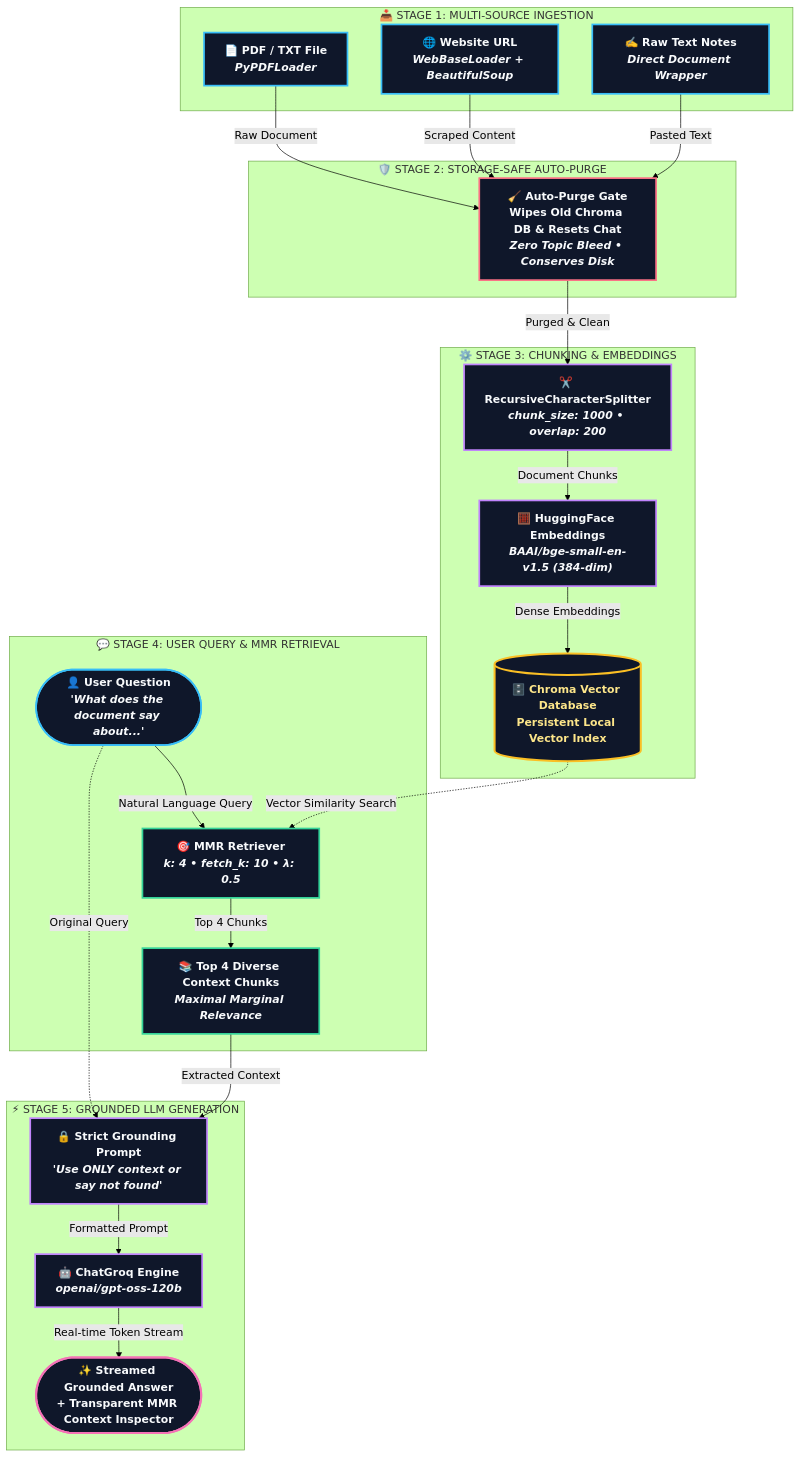
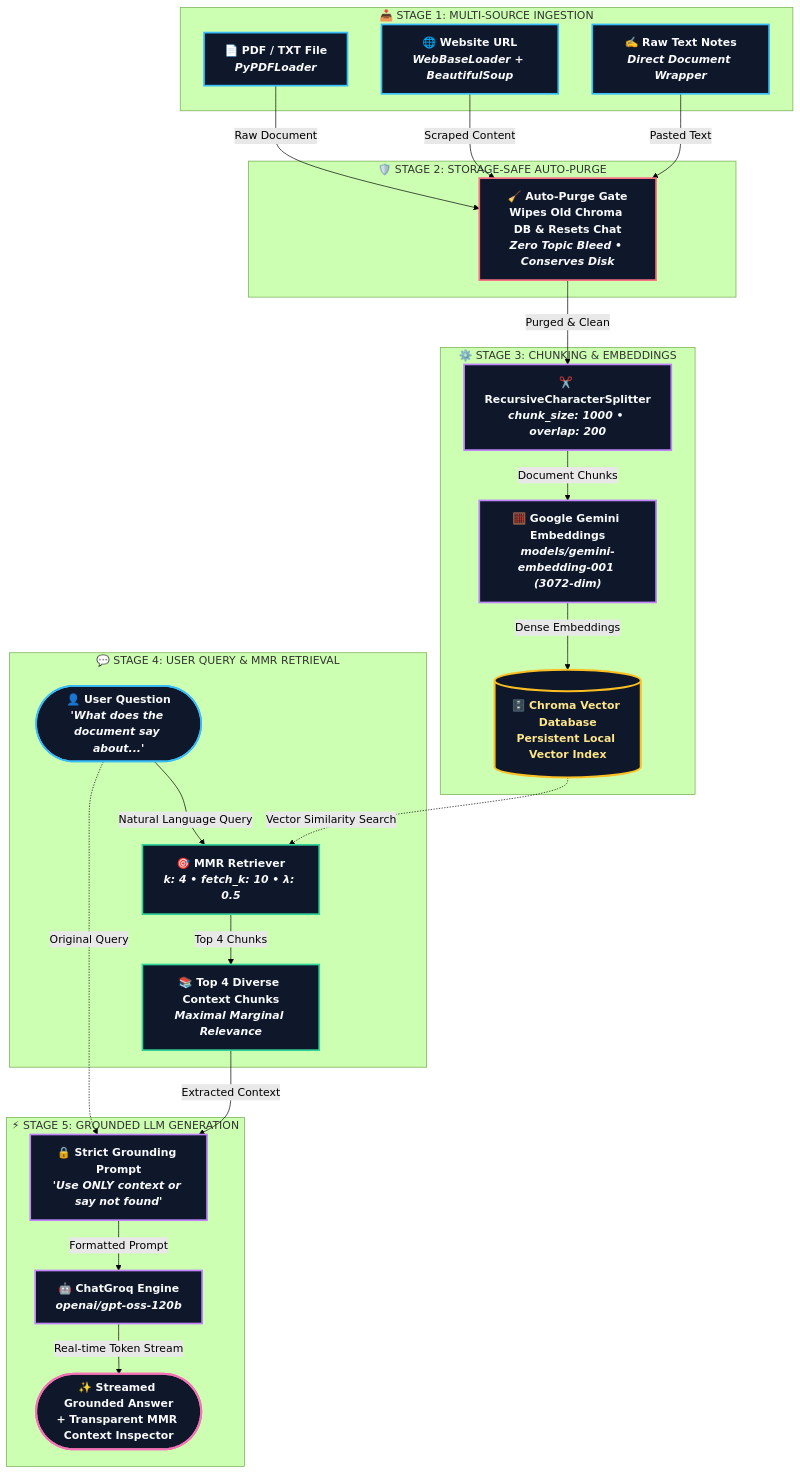
One commit to mohanrao06/SmartMate changed the diagram in README.md. Above: the diagram before and after it, drawn with Mermaid (forest theme). The commit also changed other lines of this file and 3 other files, not shown here.

Commit message:
feat: switch embedding model to Google Gemini gemini-embedding-001

````diff
--- a/README.md
+++ b/README.md
@@ -73,57 +73,57 @@
 ```mermaid
 graph TD
     %% Custom Styling Definitions
     classDef source fill:#0F172A,stroke:#38BDF8,stroke-width:2.5px,color:#F8FAFC,font-weight:bold;
     classDef purge fill:#0F172A,stroke:#FB7185,stroke-width:2.5px,color:#F8FAFC,font-weight:bold;
     classDef process fill:#0F172A,stroke:#C084FC,stroke-width:2.5px,color:#F8FAFC,font-weight:bold;
     classDef db fill:#0F172A,stroke:#FBBF24,stroke-width:3px,color:#FDE68A,font-weight:bold;
     classDef query fill:#0F172A,stroke:#38BDF8,stroke-width:2.5px,color:#F8FAFC,font-weight:bold;
     classDef retriever fill:#0F172A,stroke:#34D399,stroke-width:2.5px,color:#F8FAFC,font-weight:bold;
     classDef llm fill:#0F172A,stroke:#C084FC,stroke-width:2.5px,color:#F8FAFC,font-weight:bold;
     classDef output fill:#0F172A,stroke:#F472B6,stroke-width:3px,color:#F8FAFC,font-weight:bold;
 
     subgraph STAGE1 ["📥 STAGE 1: MULTI-SOURCE INGESTION"]
         A1["📄 PDF / TXT File<br/><i>PyPDFLoader</i>"]:::source
         A2["🌐 Website URL<br/><i>WebBaseLoader + BeautifulSoup</i>"]:::source
         A3["✍️ Raw Text Notes<br/><i>Direct Document Wrapper</i>"]:::source
     end
 
     subgraph STAGE2 ["🛡️ STAGE 2: STORAGE-SAFE AUTO-PURGE"]
         B["🧹 Auto-Purge Gate<br/><b>Wipes Old Chroma DB &amp; Resets Chat</b><br/><i>Zero Topic Bleed • Conserves Disk</i>"]:::purge
     end
 
     subgraph STAGE3 ["⚙️ STAGE 3: CHUNKING &amp; EMBEDDINGS"]
         C["✂️ RecursiveCharacterSplitter<br/><i>chunk_size: 1000 • overlap: 200</i>"]:::process
-        D["🧮 HuggingFace Embeddings<br/><i>BAAI/bge-small-en-v1.5 (384-dim)</i>"]:::process
+        D["🧮 Google Gemini Embeddings<br/><i>models/gemini-embedding-001 (3072-dim)</i>"]:::process
         E[("🗄️ Chroma Vector Database<br/><b>Persistent Local Vector Index</b>")]:::db
     end
 
     subgraph STAGE4 ["💬 STAGE 4: USER QUERY &amp; MMR RETRIEVAL"]
         F(["👤 User Question<br/><i>'What does the document say about...'</i>"]):::query
         G["🎯 MMR Retriever<br/><i>k: 4 • fetch_k: 10 • λ: 0.5</i>"]:::retriever
         H["📚 Top 4 Diverse Context Chunks<br/><i>Maximal Marginal Relevance</i>"]:::retriever
     end
 
     subgraph STAGE5 ["⚡ STAGE 5: GROUNDED LLM GENERATION"]
         I["🔒 Strict Grounding Prompt<br/><i>'Use ONLY context or say not found'</i>"]:::llm
         J["🤖 ChatGroq Engine<br/><i>openai/gpt-oss-120b</i>"]:::llm
         K(["✨ Streamed Grounded Answer<br/><b>+ Transparent MMR Context Inspector</b>"]):::output
     end
 
     %% Pipeline Flow Connections
     A1 -->|Raw Document| B
     A2 -->|Scraped Content| B
     A3 -->|Pasted Text| B
     
     B -->|Purged & Clean| C
     C -->|Document Chunks| D
     D -->|Dense Embeddings| E
 
     F -->|Natural Language Query| G
     E -. "Vector Similarity Search" .-> G
     G -->|Top 4 Chunks| H
     H -->|Extracted Context| I
     F -. "Original Query" .-> I
     I -->|Formatted Prompt| J
     J -->|Real-time Token Stream| K
 ```
````
